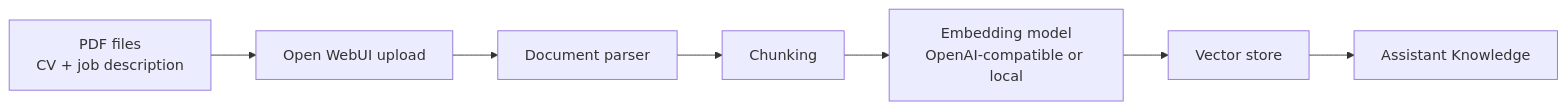
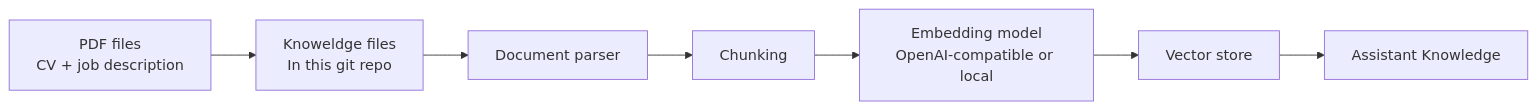
Before and after one commit to AlbanAndrieu/thiga-ai: the seventh of 8 diagrams in docs/diagrams.md, drawn with Mermaid. The commit also changed other lines of this file and 8 other files, not shown here.

First line of the commit message:
🔩 (docs): Update README and architecture documentation to reflect changes in the PoC ✨ (docs): Improve maintainability by breaking down services into single responsibilities Improved documentation and architecture overview

````diff
--- a/docs/diagrams.md
+++ b/docs/diagrams.md
@@ -180,17 +180,17 @@
 ```mermaid
 flowchart LR
     pdf["PDF files<br/>CV + job description"]
-    upload["Open WebUI upload"]
+    upload["Knoweldge files<br/>In this git repo"]
     parser["Document parser"]
     chunks["Chunking"]
     embedding["Embedding model<br/>OpenAI-compatible or local"]
     vector["Vector store"]
     assistant["Assistant Knowledge"]
 
     pdf --> upload
     upload --> parser
     parser --> chunks
     chunks --> embedding
     embedding --> vector
     vector --> assistant
 ```
````
